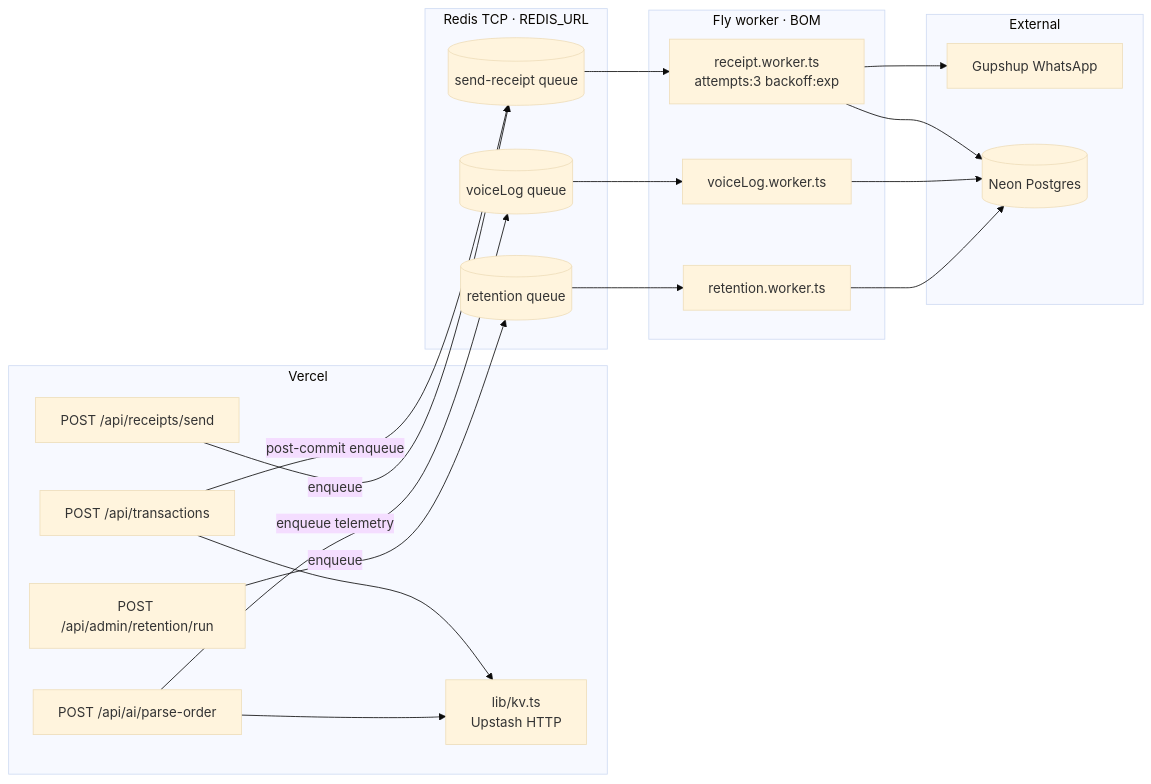
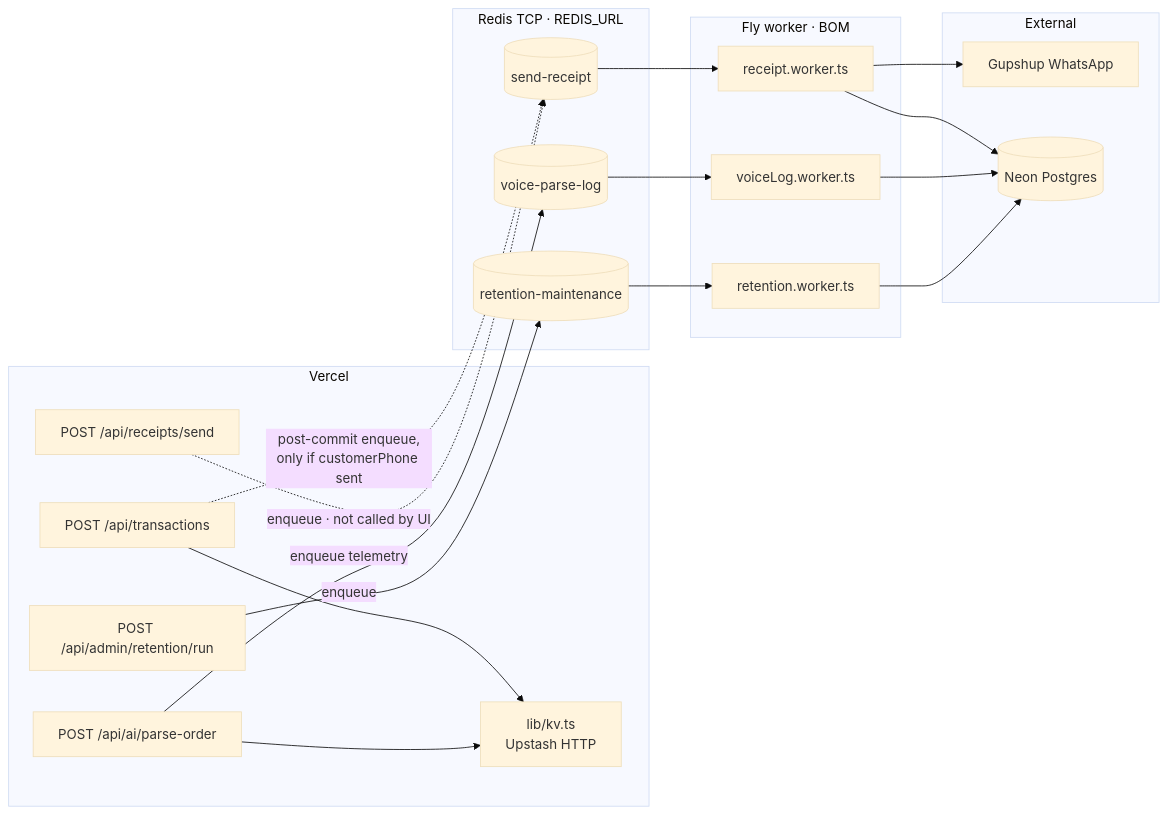
The sixth of 10 diagrams in ARCHITECTURE.md (gengirish/awaazos), drawn with Mermaid (base theme) before and after one commit. The commit also changed other lines of this file and 50 other files, not shown here.

````diff
--- a/ARCHITECTURE.md
+++ b/ARCHITECTURE.md
@@ -429,38 +489,38 @@
 ```mermaid
 flowchart LR
     subgraph Vercel
         TxAPI[POST /api/transactions]
         ParseAPI[POST /api/ai/parse-order]
         ReceiptAPI[POST /api/receipts/send]
         AdminRet[POST /api/admin/retention/run]
         KvV[lib/kv.ts<br/>Upstash HTTP]
     end
     subgraph RedisTCP[Redis TCP · REDIS_URL]
-        QSendReceipt[(send-receipt queue)]
-        QVoiceLog[(voiceLog queue)]
-        QRetention[(retention queue)]
+        QSendReceipt[(send-receipt)]
+        QVoiceLog[(voice-parse-log)]
+        QRetention[(retention-maintenance)]
     end
     subgraph Fly[Fly worker · BOM]
-        WorkerSend[receipt.worker.ts<br/>attempts:3 backoff:exp]
+        WorkerSend[receipt.worker.ts]
         WorkerLog[voiceLog.worker.ts]
         WorkerRet[retention.worker.ts]
     end
     subgraph External
         Gup[Gupshup WhatsApp]
         DB[(Neon Postgres)]
     end
 
     TxAPI --> KvV
     ParseAPI --> KvV
     AdminRet -->|enqueue| QRetention
-    TxAPI -->|post-commit enqueue| QSendReceipt
-    ReceiptAPI -->|enqueue| QSendReceipt
+    TxAPI -.->|post-commit enqueue,<br/>only if customerPhone sent| QSendReceipt
+    ReceiptAPI -.->|enqueue · not called by UI| QSendReceipt
     ParseAPI -->|enqueue telemetry| QVoiceLog
     QSendReceipt --> WorkerSend
     QVoiceLog --> WorkerLog
     QRetention --> WorkerRet
     WorkerSend --> Gup
     WorkerSend --> DB
     WorkerLog --> DB
     WorkerRet --> DB
 ```
````
